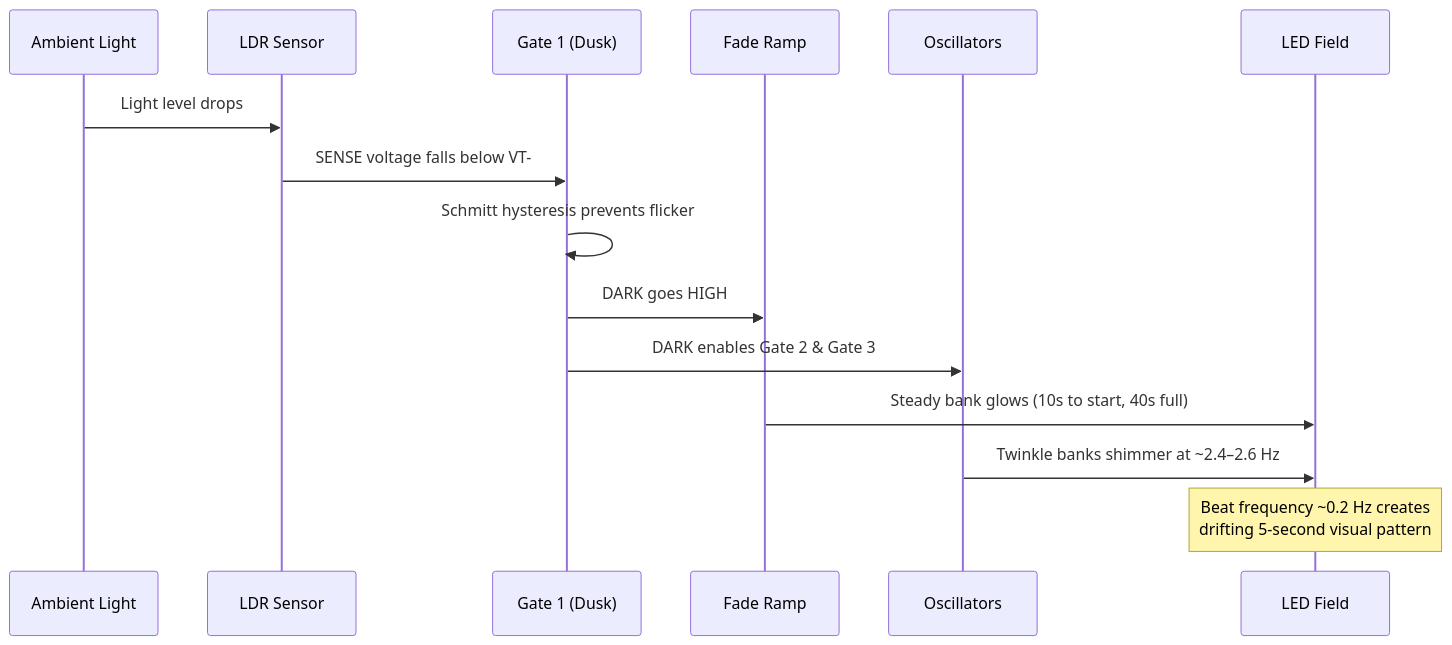
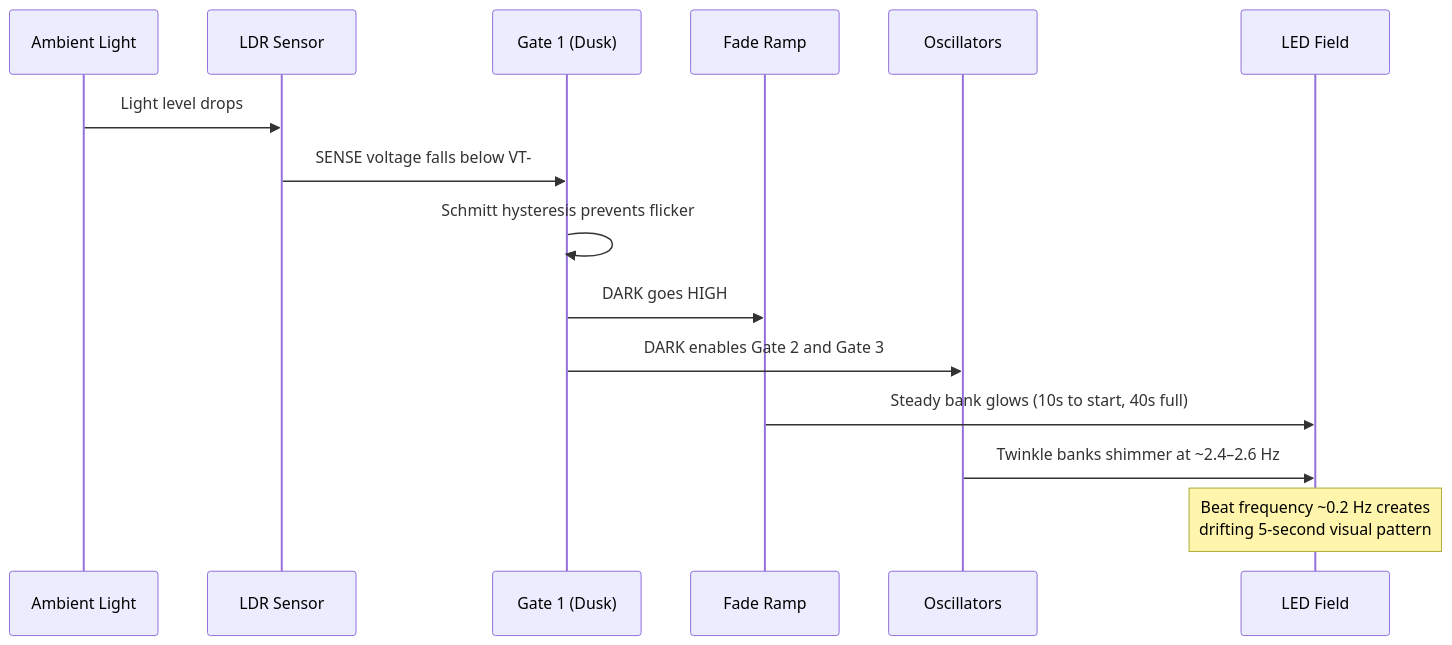
The second of 2 diagrams in Corrected/README.md (dirq/DiamondMineShimmerCircuit), drawn with Mermaid before and after one commit. The commit also changed other lines of this file and 22 other files, not shown here.

````diff
--- a/Corrected/README.md
+++ b/Corrected/README.md
@@ -60,18 +66,18 @@
 ```mermaid
 sequenceDiagram
     participant Light as Ambient Light
     participant LDR as LDR Sensor
     participant G1 as Gate 1 (Dusk)
     participant Fade as Fade Ramp
     participant Osc as Oscillators
     participant LEDs as LED Field
 
     Light->>LDR: Light level drops
     LDR->>G1: SENSE voltage falls below VT-
     G1->>G1: Schmitt hysteresis prevents flicker
     G1->>Fade: DARK goes HIGH
-    G1->>Osc: DARK enables Gate 2 & Gate 3
+    G1->>Osc: DARK enables Gate 2 and Gate 3
     Fade->>LEDs: Steady bank glows (10s to start, 40s full)
     Osc->>LEDs: Twinkle banks shimmer at ~2.4–2.6 Hz
     Note over LEDs: Beat frequency ~0.2 Hz creates<br/>drifting 5-second visual pattern
 ```
````
